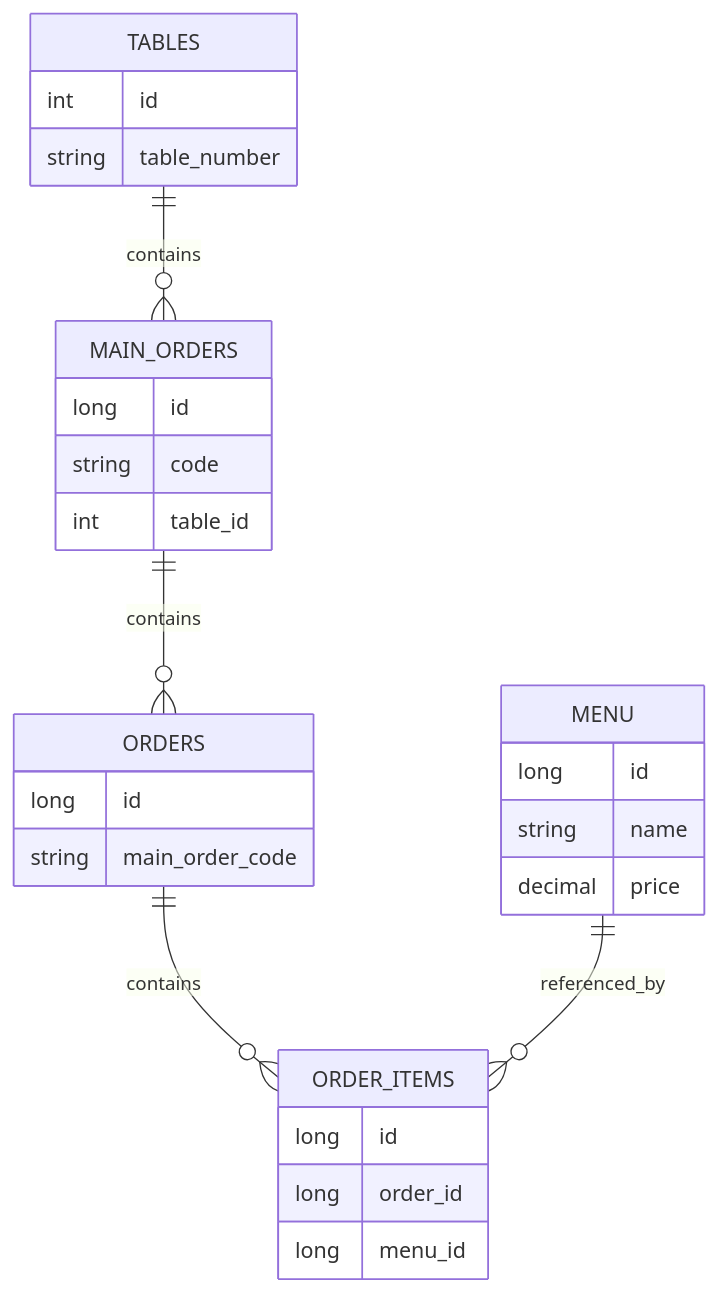
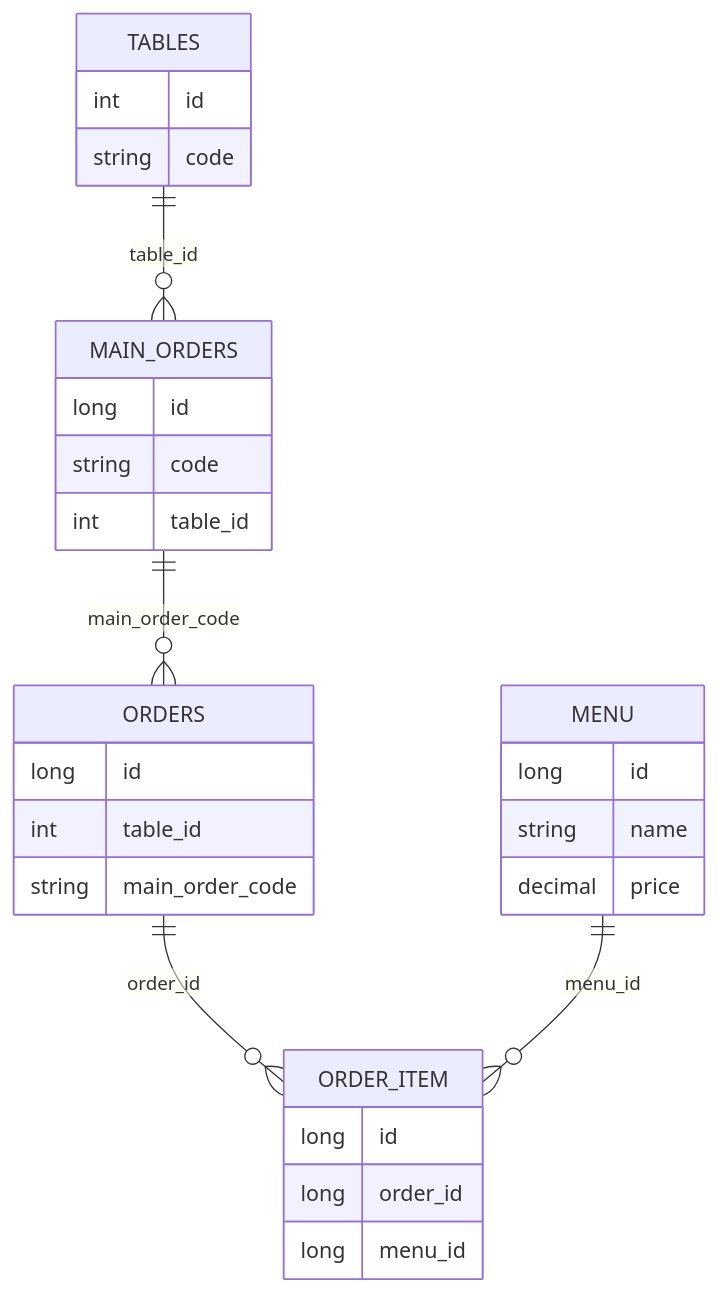
The fourth of 4 diagrams in README.md (Chun5102/restaurant_order_system_frontend), drawn with Mermaid before and after one commit. The commit also changed other lines of this file and 2 other files, not shown here.

````diff
--- a/README.md
+++ b/README.md
@@ -129,36 +136,37 @@
 ```mermaid
 erDiagram
 
-    TABLES ||--o{ MAIN_ORDERS : contains
-    MAIN_ORDERS ||--o{ ORDERS : contains
-    ORDERS ||--o{ ORDER_ITEMS : contains
-    MENU ||--o{ ORDER_ITEMS : referenced_by
-
     TABLES {
         int id
-        string table_number
+        string code
     }
 
     MAIN_ORDERS {
         long id
         string code
         int table_id
     }
 
     ORDERS {
         long id
+        int table_id
         string main_order_code
     }
 
-    ORDER_ITEMS {
+    ORDER_ITEM {
         long id
         long order_id
         long menu_id
     }
 
     MENU {
         long id
         string name
         decimal price
     }
+
+    TABLES ||--o{ MAIN_ORDERS : table_id
+    MAIN_ORDERS ||--o{ ORDERS : main_order_code
+    ORDERS ||--o{ ORDER_ITEM : order_id
+    MENU ||--o{ ORDER_ITEM : menu_id
 ```
````
